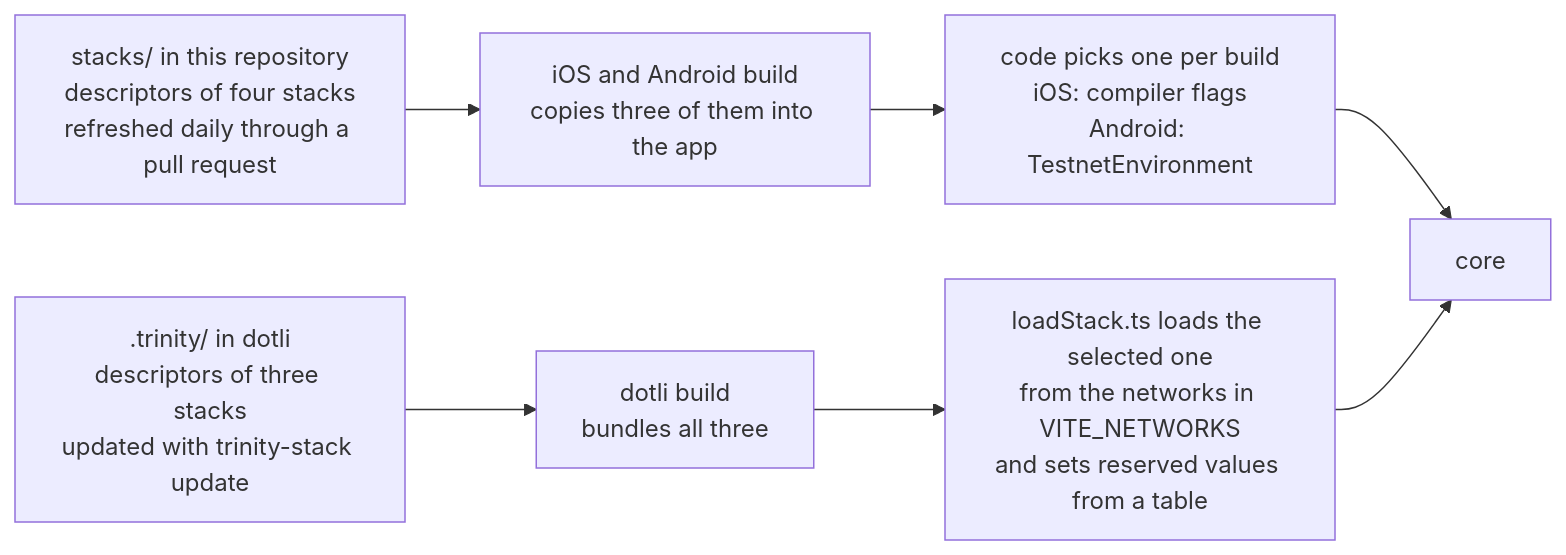
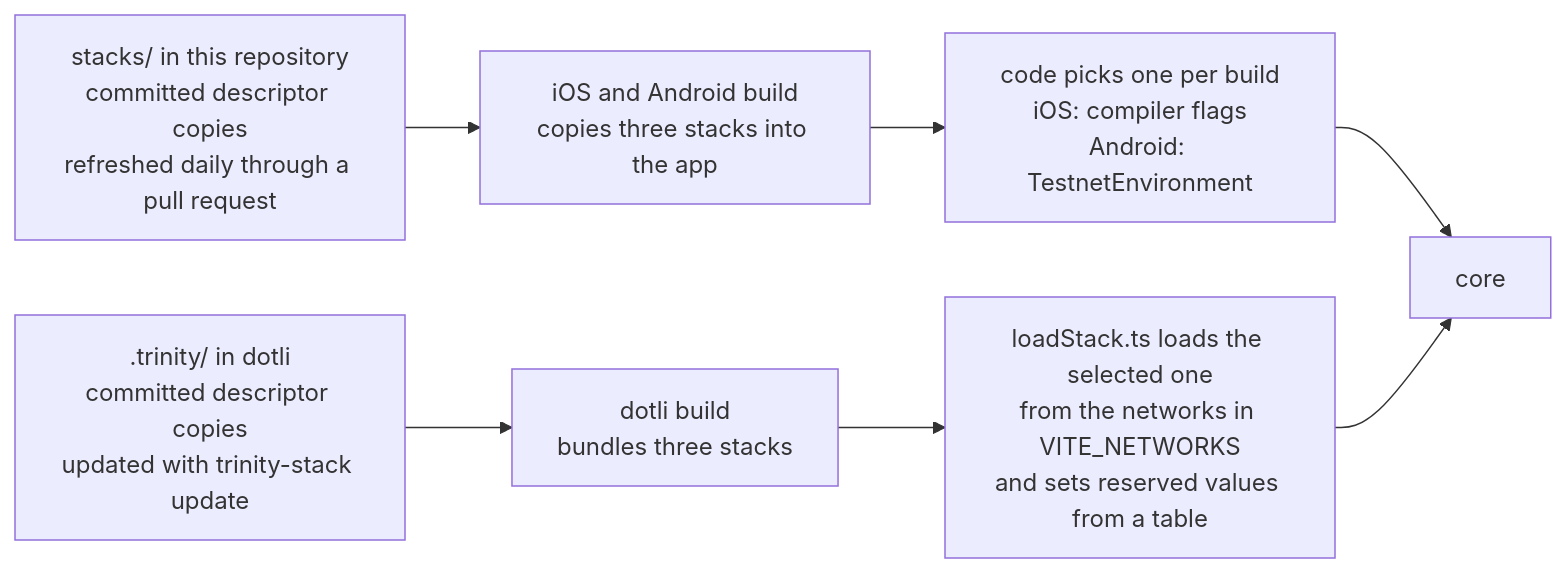
The first of 2 diagrams in docs/design/trinity-stack-build-config.md (paritytech/trinity-user-agents), drawn with Mermaid before and after one commit. The commit also changed other lines of this file, not shown here.

Commit message:
docs(design): correct the build config doc after an independent review

````diff
--- a/docs/design/trinity-stack-build-config.md
+++ b/docs/design/trinity-stack-build-config.md
@@ -24,12 +22,12 @@
 ```mermaid
 flowchart LR
-  S1["stacks/ in this repository<br/>descriptors of four stacks<br/>refreshed daily through a pull request"]
-  B1["iOS and Android build<br/>copies three of them into the app"]
+  S1["stacks/ in this repository<br/>committed descriptor copies<br/>refreshed daily through a pull request"]
+  B1["iOS and Android build<br/>copies three stacks into the app"]
   C1["code picks one per build<br/>iOS: compiler flags<br/>Android: TestnetEnvironment"]
-  S2[".trinity/ in dotli<br/>descriptors of three stacks<br/>updated with trinity-stack update"]
-  B2["dotli build<br/>bundles all three"]
+  S2[".trinity/ in dotli<br/>committed descriptor copies<br/>updated with trinity-stack update"]
+  B2["dotli build<br/>bundles three stacks"]
   C2["loadStack.ts loads the selected one<br/>from the networks in VITE_NETWORKS<br/>and sets reserved values from a table"]
   K["core"]
   S1 --> B1 --> C1 --> K
   S2 --> B2 --> C2 --> K
 ```
````
